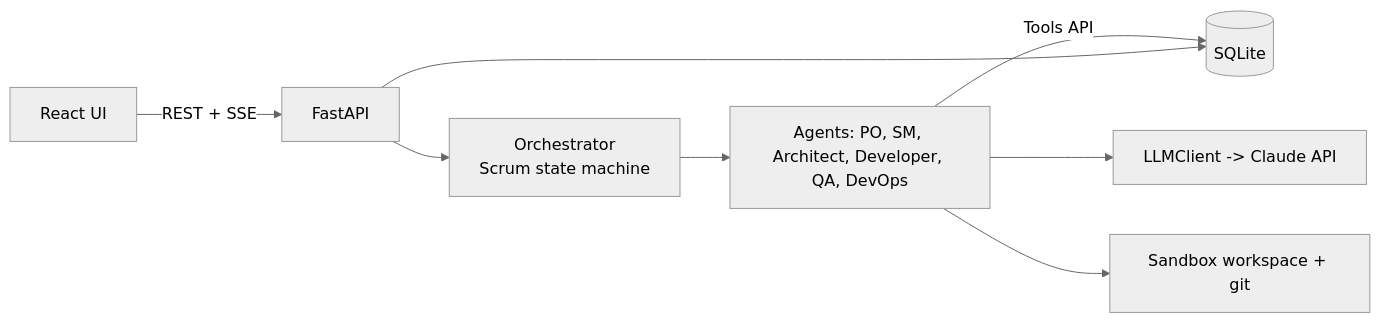
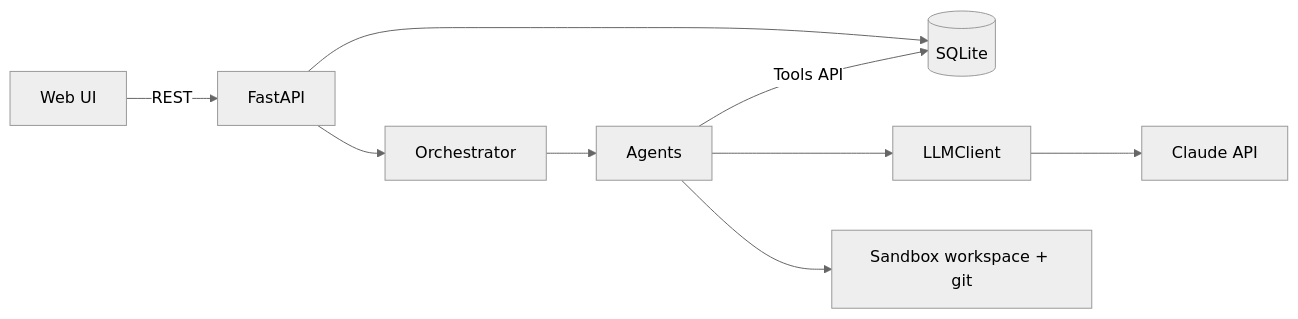
The first of 3 diagrams in docs/architecture.md (Muniya-64bit/scrum-agents-workbench), drawn with Mermaid (neutral theme) before and after one commit. The commit also changed other lines of this file and 5 other files, not shown here.

Commit message:
Overhaul documentation: architecture, API, agents, development guide, README

````diff
--- a/docs/architecture.md
+++ b/docs/architecture.md
@@ -7,10 +9,11 @@
 ```mermaid
 flowchart LR
-  UI[React UI] -->|REST + SSE| API[FastAPI]
-  API --> ORCH[Orchestrator<br/>Scrum state machine]
-  ORCH --> AG[Agents: PO, SM, Architect, Developer, QA, DevOps]
+  UI[Web UI] -->|REST| API[FastAPI]
+  API --> ORCH[Orchestrator]
+  ORCH --> AG[Agents]
   AG -->|Tools API| DB[(SQLite)]
-  AG --> LLM[LLMClient -> Claude API]
+  AG --> LLM[LLMClient]
+  LLM --> CLAUDE[Claude API]
   AG --> WS[Sandbox workspace + git]
   API --> DB
 ```
````
